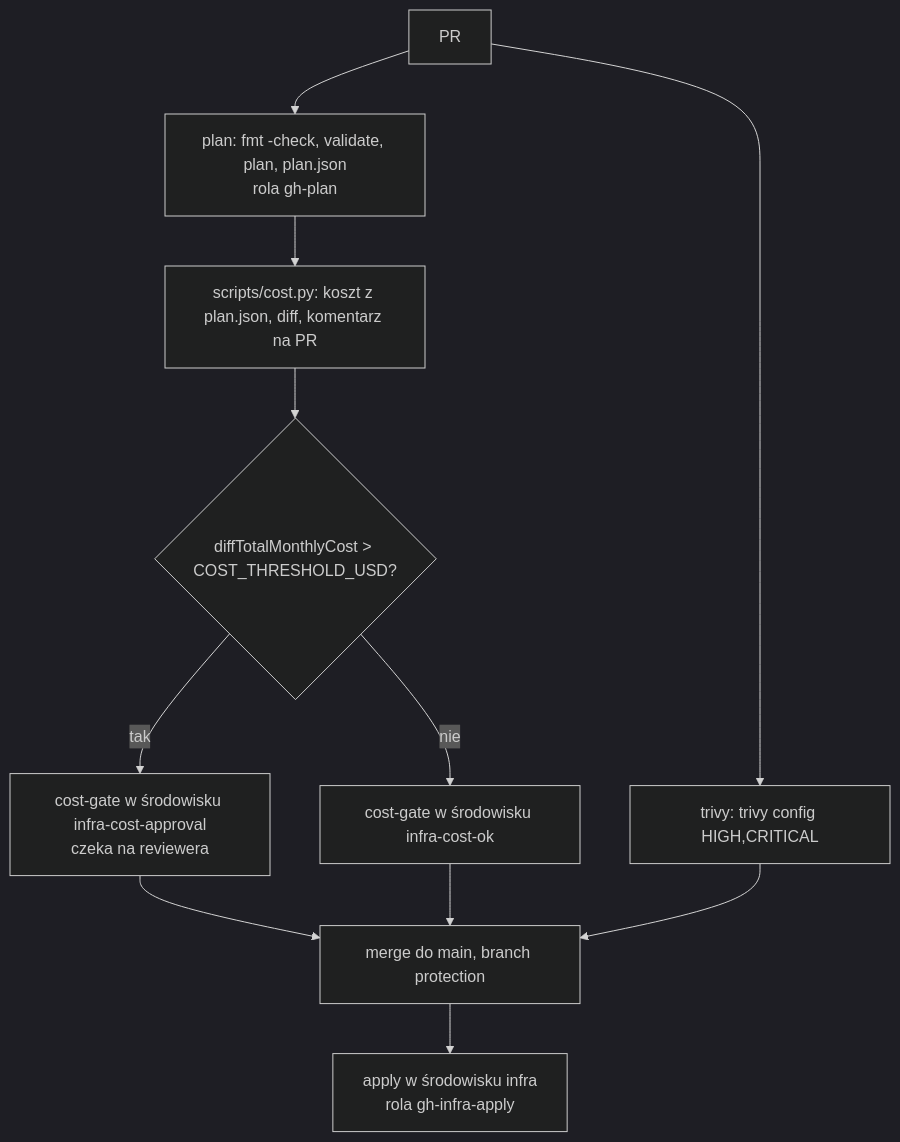
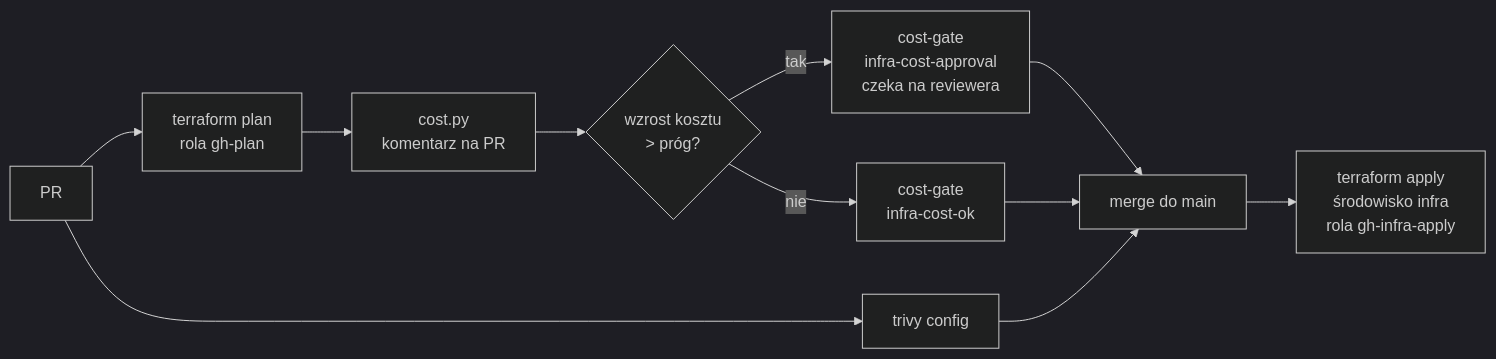
The third of 4 diagrams in docs/architecture.md (marcinbator/ecs-supply-chain), drawn with Mermaid (dark theme) before and after one commit. The commit also changed other lines of this file and 10 other files, not shown here.

````diff
--- a/docs/architecture.md
+++ b/docs/architecture.md
@@ -57,11 +57,8 @@
 ```mermaid
-flowchart TD
-  P[PR] --> plan[plan: fmt -check, validate, plan, plan.json\nrola gh-plan]
-  P --> trivy[trivy: trivy config HIGH,CRITICAL]
-  plan --> ic[scripts/cost.py: koszt z plan.json, diff, komentarz na PR]
-  ic --> gate{diffTotalMonthlyCost > COST_THRESHOLD_USD?}
-  gate -->|tak| ap[cost-gate w środowisku infra-cost-approval\nczeka na reviewera]
-  gate -->|nie| ok[cost-gate w środowisku infra-cost-ok]
-  ap & ok & trivy --> merge[merge do main, branch protection]
-  merge --> apply[apply w środowisku infra\nrola gh-infra-apply]
+flowchart LR
+  P[PR] --> plan[terraform plan<br>rola gh-plan] --> cost[cost.py<br>komentarz na PR] --> gate{wzrost kosztu<br>> próg?}
+  gate -->|tak| ap[cost-gate<br>infra-cost-approval<br>czeka na reviewera]
+  gate -->|nie| ok[cost-gate<br>infra-cost-ok]
+  P --> trivy[trivy config]
+  ap & ok & trivy --> merge[merge do main] --> apply[terraform apply<br>środowisko infra<br>rola gh-infra-apply]
 ```
````
